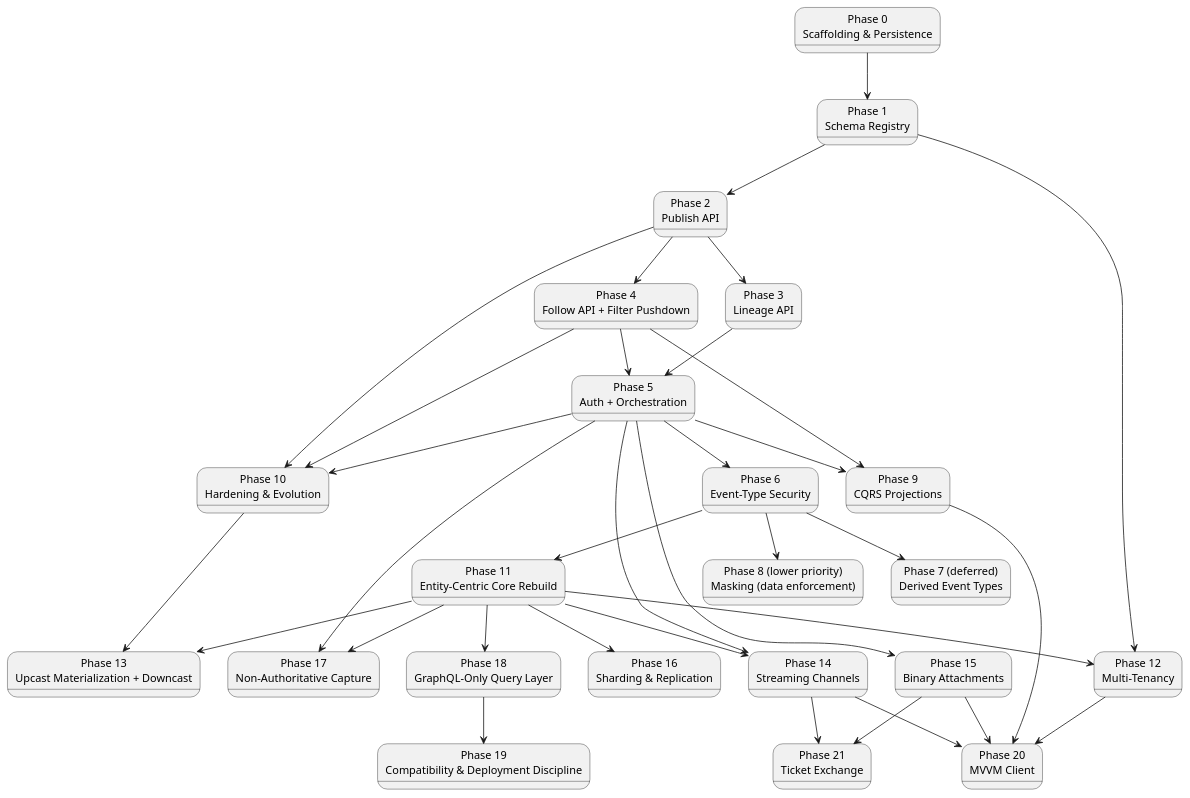
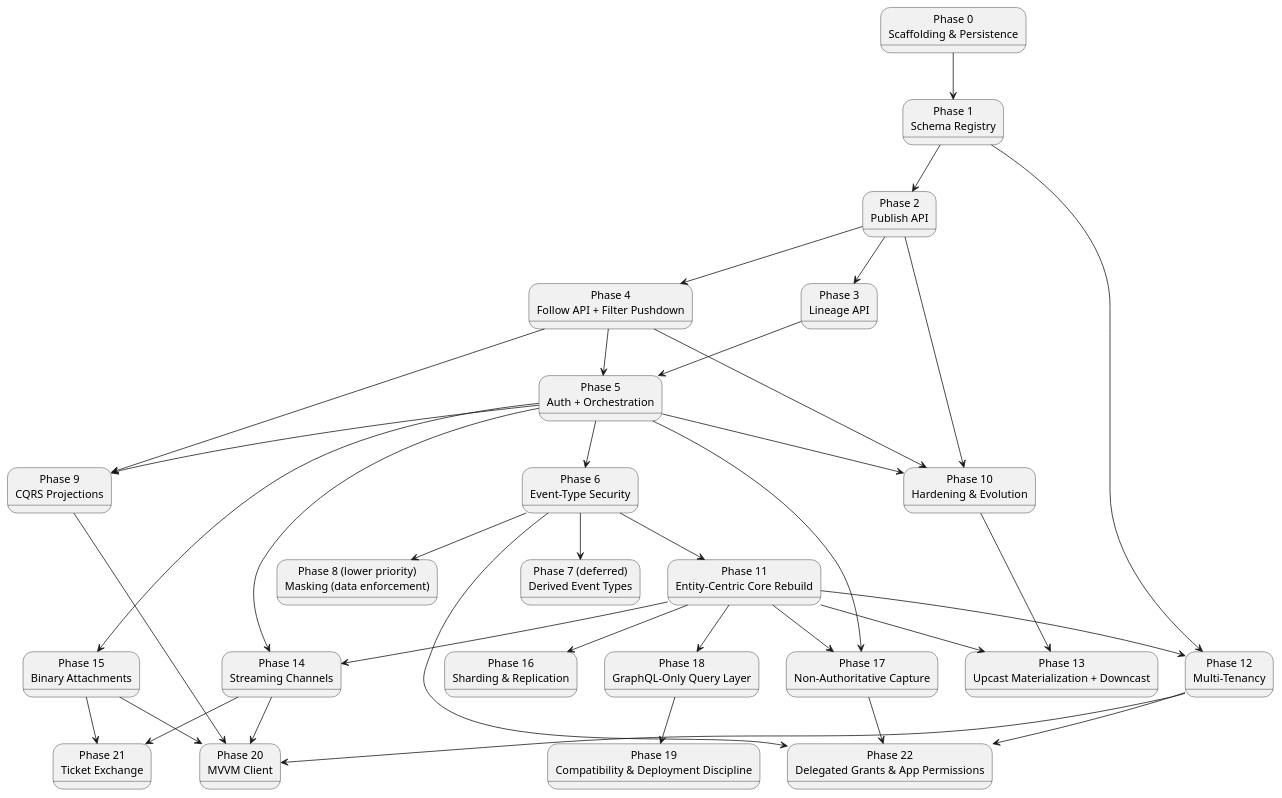
Before and after one commit to Mwwhited-BookLearning/EventSourcing: the diagram in docs/08-build-plan.md, drawn with PlantUML. The commit also changed other lines of this file and 15 other files, not shown here.

````diff
--- a/docs/08-build-plan.md
+++ b/docs/08-build-plan.md
@@ -42,60 +42,64 @@
 ```plantuml
 @startuml BuildPlan_Phases
 state "Phase 0\nScaffolding & Persistence" as p0
 state "Phase 1\nSchema Registry" as p1
 state "Phase 2\nPublish API" as p2
 state "Phase 3\nLineage API" as p3
 state "Phase 4\nFollow API + Filter Pushdown" as p4
 state "Phase 5\nAuth + Orchestration" as p5
 state "Phase 6\nEvent-Type Security" as p6
 state "Phase 7 (deferred)\nDerived Event Types" as p7
 state "Phase 8 (lower priority)\nMasking (data enforcement)" as p8
 state "Phase 9\nCQRS Projections" as p9
 state "Phase 10\nHardening & Evolution" as p10
 state "Phase 11\nEntity-Centric Core Rebuild" as p11
 state "Phase 12\nMulti-Tenancy" as p12
 state "Phase 13\nUpcast Materialization + Downcast" as p13
 state "Phase 14\nStreaming Channels" as p14
 state "Phase 15\nBinary Attachments" as p15
 state "Phase 16\nSharding & Replication" as p16
 state "Phase 17\nNon-Authoritative Capture" as p17
 state "Phase 18\nGraphQL-Only Query Layer" as p18
 state "Phase 19\nCompatibility & Deployment Discipline" as p19
 state "Phase 20\nMVVM Client" as p20
 state "Phase 21\nTicket Exchange" as p21
+state "Phase 22\nDelegated Grants & App Permissions" as p22
 
 p0 --> p1
 p1 --> p2
 p2 --> p3
 p2 --> p4
 p3 --> p5
 p4 --> p5
 p5 --> p6
 p6 --> p7
 p6 --> p8
 p4 --> p9
 p5 --> p9
 p5 --> p10
 p2 --> p10
 p4 --> p10
 p6 --> p11
 p1 --> p12
 p11 --> p12
 p10 --> p13
 p11 --> p13
 p5 --> p14
 p11 --> p14
 p5 --> p15
 p11 --> p16
 p11 --> p17
 p5 --> p17
 p11 --> p18
 p18 --> p19
 p9 --> p20
 p12 --> p20
 p14 --> p20
 p15 --> p20
 p14 --> p21
 p15 --> p21
+p17 --> p22
+p6 --> p22
+p12 --> p22
 @enduml
 ```
````
